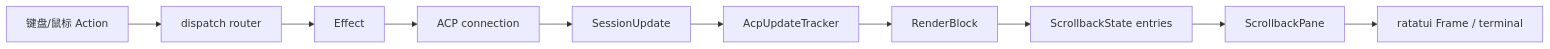
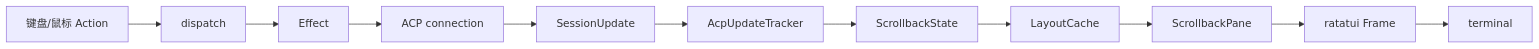
The first of 5 diagrams in docs/deep-dives/pager-rendering.md (stormZhu/grok-build), drawn with Mermaid before and after one commit. The commit also changed other lines of this file and 20 other files, not shown here.

````diff
--- a/docs/deep-dives/pager-rendering.md
+++ b/docs/deep-dives/pager-rendering.md
@@ -7,12 +29,13 @@
 ```mermaid
 flowchart LR
-    K[键盘/鼠标 Action] --> R[dispatch router]
-    R --> E[Effect]
-    E --> A[ACP connection]
-    A --> U[SessionUpdate]
+    I[键盘/鼠标 Action] --> D[dispatch]
+    D --> E[Effect]
+    E --> C[ACP connection]
+    C --> U[SessionUpdate]
     U --> T[AcpUpdateTracker]
-    T --> B[RenderBlock]
-    B --> S[ScrollbackState entries]
-    S --> P[ScrollbackPane]
-    P --> C[ratatui Frame / terminal]
+    T --> S[ScrollbackState]
+    S --> L[LayoutCache]
+    L --> P[ScrollbackPane]
+    P --> F[ratatui Frame]
+    F --> X[terminal]
 ```
````
